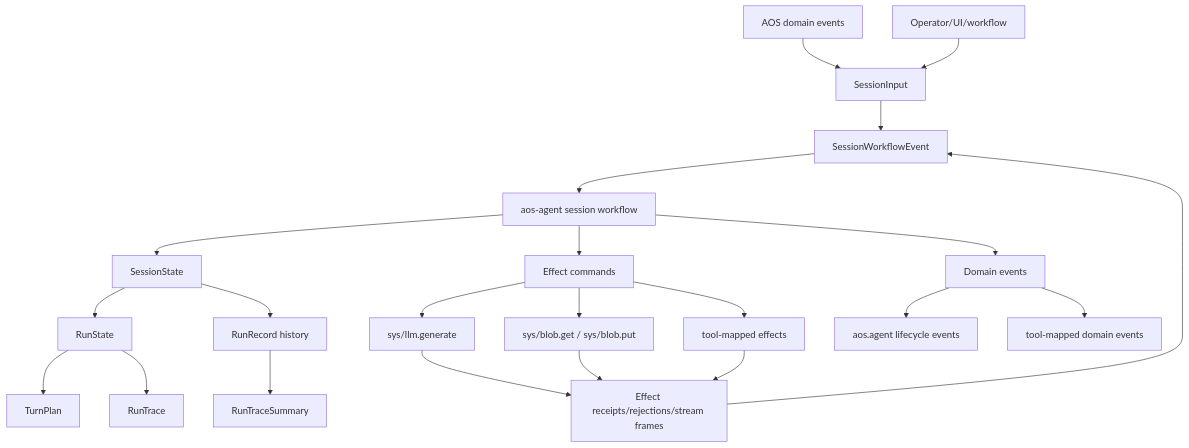
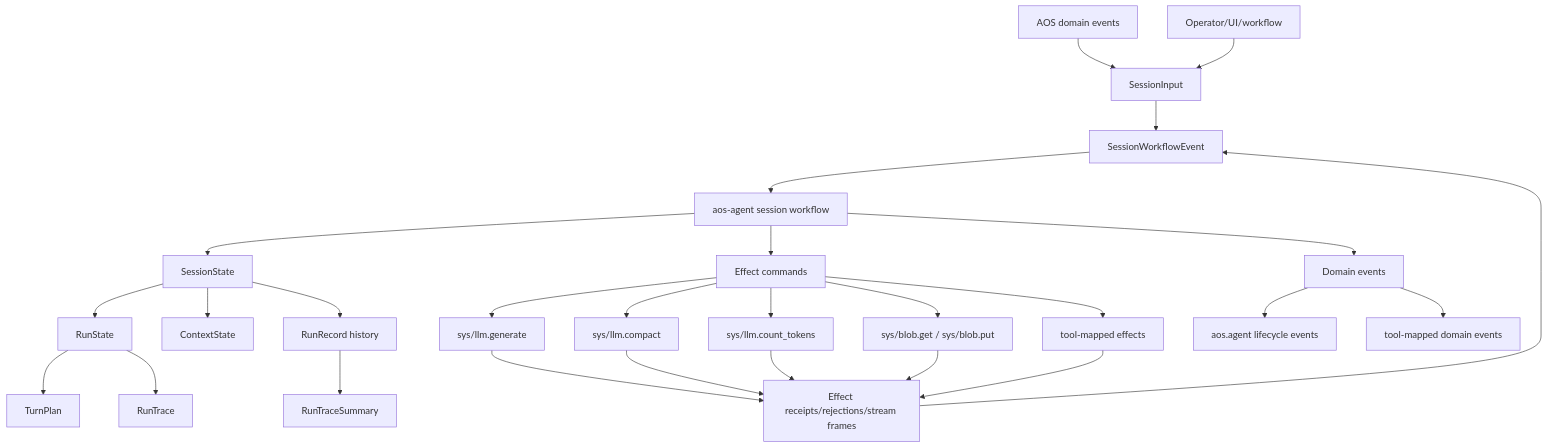
The first of 25 diagrams in roadmap/v0.30-agent/visual-guide.md (smartcomputer-ai/agent-os), drawn with Mermaid before and after one commit. The commit also changed other lines of this file, not shown here.

````diff
--- a/roadmap/v0.30-agent/visual-guide.md
+++ b/roadmap/v0.30-agent/visual-guide.md
@@ -37,28 +39,33 @@
 ```mermaid
 flowchart TD
   Domain[AOS domain events] --> Input[SessionInput]
   Operator[Operator/UI/workflow] --> Input
   Receipts[Effect receipts/rejections/stream frames] --> Event[SessionWorkflowEvent]
   Input --> Event
 
   Event --> Workflow[aos-agent session workflow]
   Workflow --> State[SessionState]
   Workflow --> Effects[Effect commands]
   Workflow --> Events[Domain events]
 
   Effects --> LLM[sys/llm.generate]
+  Effects --> LlmCompact[sys/llm.compact]
+  Effects --> LlmCount[sys/llm.count_tokens]
   Effects --> Blob[sys/blob.get / sys/blob.put]
   Effects --> ToolEffects[tool-mapped effects]
   Events --> LifecycleEvents[aos.agent lifecycle events]
   Events --> ToolDomainEvents[tool-mapped domain events]
 
   LLM --> Receipts
+  LlmCompact --> Receipts
+  LlmCount --> Receipts
   Blob --> Receipts
   ToolEffects --> Receipts
 
   State --> CurrentRun[RunState]
+  State --> Context[ContextState]
   State --> RunHistory[RunRecord history]
   CurrentRun --> TurnPlan[TurnPlan]
   CurrentRun --> Trace[RunTrace]
   RunHistory --> TraceSummary[RunTraceSummary]
 ```
````
